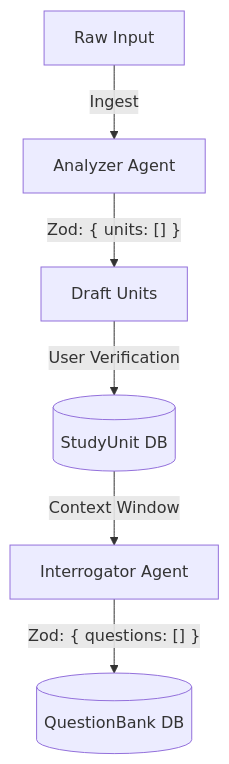
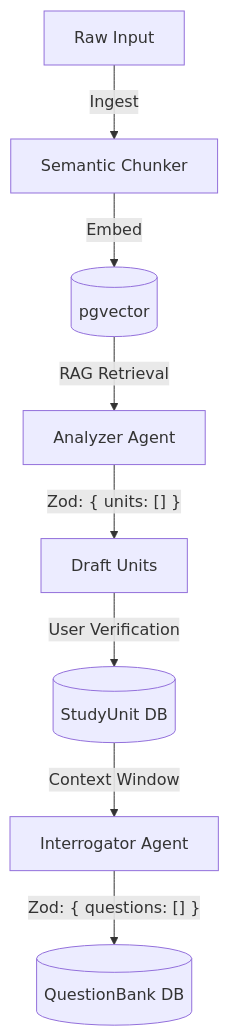
The second of 3 diagrams in docs/ARCHITECTURE.md (HenryXV/study-platform), drawn with Mermaid before and after one commit. The commit also changed other lines of this file and 7 other files, not shown here.

````diff
--- a/docs/ARCHITECTURE.md
+++ b/docs/ARCHITECTURE.md
@@ -68,9 +72,12 @@
 ```mermaid
 graph TD
-    Raw[Raw Input] -->|Ingest| Analyzer[Analyzer Agent]
+    Raw[Raw Input] -->|Ingest| Chunker[Semantic Chunker]
+    Chunker -->|Embed| VectorDB[(pgvector)]
+    
+    VectorDB -->|RAG Retrieval| Analyzer[Analyzer Agent]
     Analyzer -->|"Zod: { units: [] }"| Preview[Draft Units]
     Preview -->|User Verification| DB_Unit[(StudyUnit DB)]
     
     DB_Unit -->|Context Window| Interrogator[Interrogator Agent]
     Interrogator -->|"Zod: { questions: [] }"| Q_Bank[(QuestionBank DB)]
 ```
````
